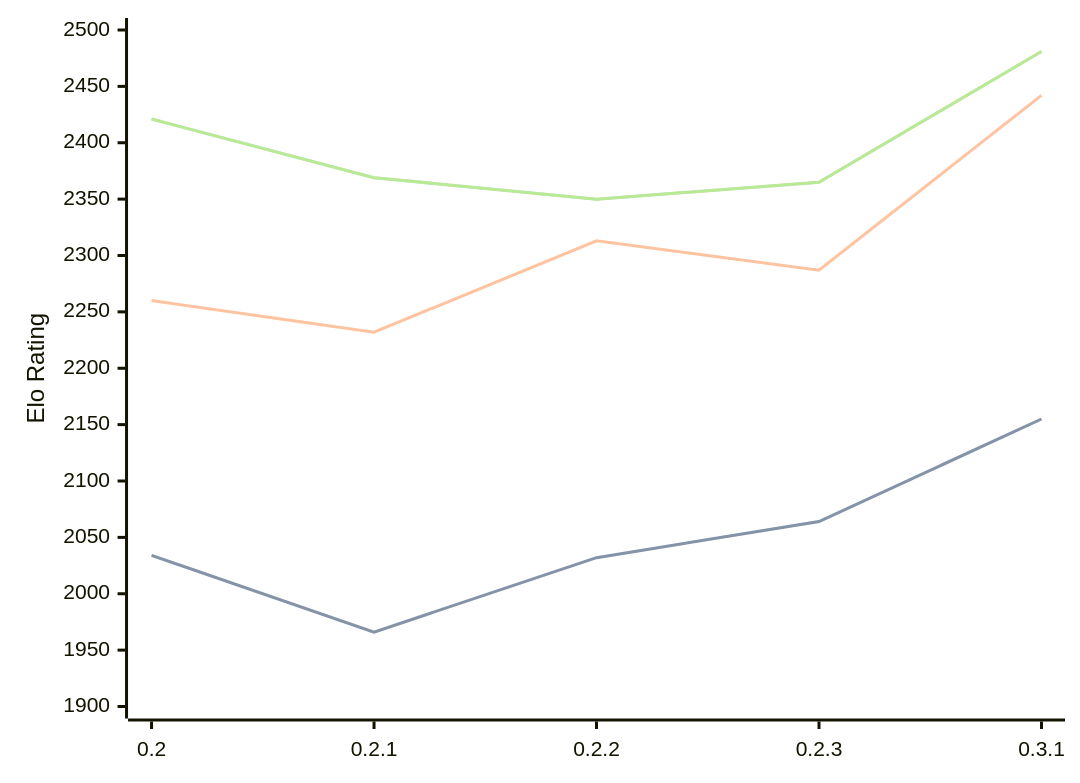
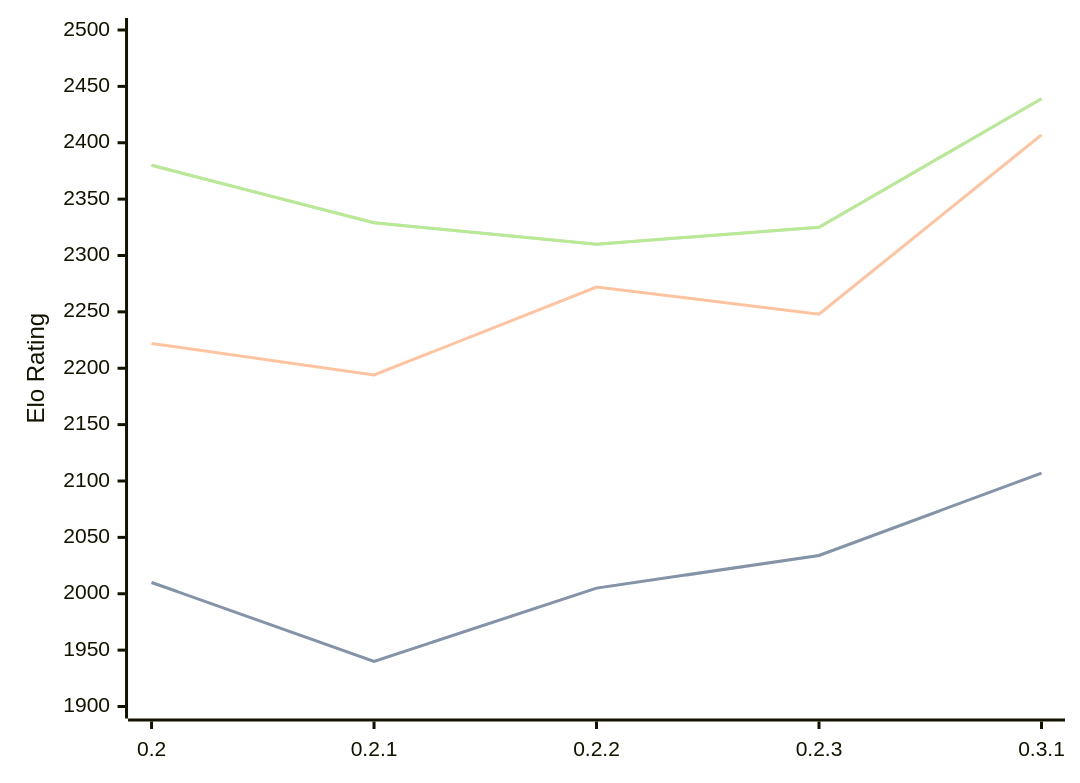
The diagram in engines/Lolbot.md (computer-chess-index/cci), drawn with Mermaid before and after one commit. The commit also changed other lines of this file, not shown here.

Commit message:
Update CCI Ratings (ELO VLTC) - 2026-05-19

````diff
--- a/engines/Lolbot.md
+++ b/engines/Lolbot.md
@@ -36,11 +36,11 @@
 ```mermaid
 %%{init: {"theme":"base","themeVariables":{"seriesColors:['#a3a3a3','#222221','#faa371']}}}%%
 xychart-beta
   x-axis ["0.2", "0.2.1", "0.2.2", "0.2.3", "0.3.1"]
   y-axis "Elo Rating" 1900 --> 2500
-  line "STC (8.0+0.08s)" [2034, 1966, 2032, 2064, 2155]
-  line "STC (8.0+0.08s)" [2034, 1966, 2032, 2064, 2155]
-  line "LTC (60.0+0.60s)" [2260, 2232, 2313, 2287, 2442]
-  line "VLTC (2m24s+1.12s)" [2421, 2369, 2350, 2365, 2481]
-  line "VLTC (2m24s+1.12s)" [2421, 2369, 2350, 2365, 2481]
+  line "STC (8.0+0.08s)" [2010, 1940, 2005, 2034, 2107]
+  line "STC (8.0+0.08s)" [2010, 1940, 2005, 2034, 2107]
+  line "LTC (60.0+0.60s)" [2222, 2194, 2272, 2248, 2407]
+  line "VLTC (2m24s+1.12s)" [2380, 2329, 2310, 2325, 2439]
+  line "VLTC (2m24s+1.12s)" [2380, 2329, 2310, 2325, 2439]
 ```
````
